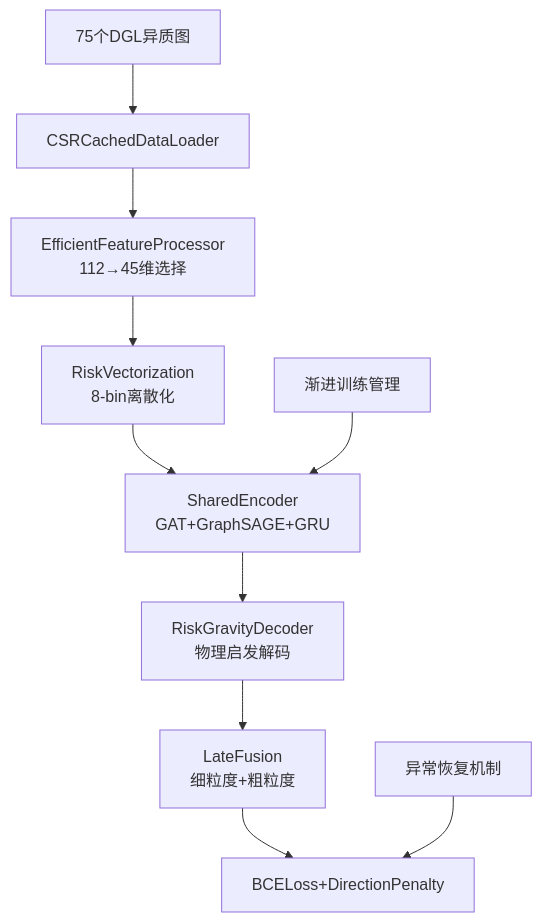
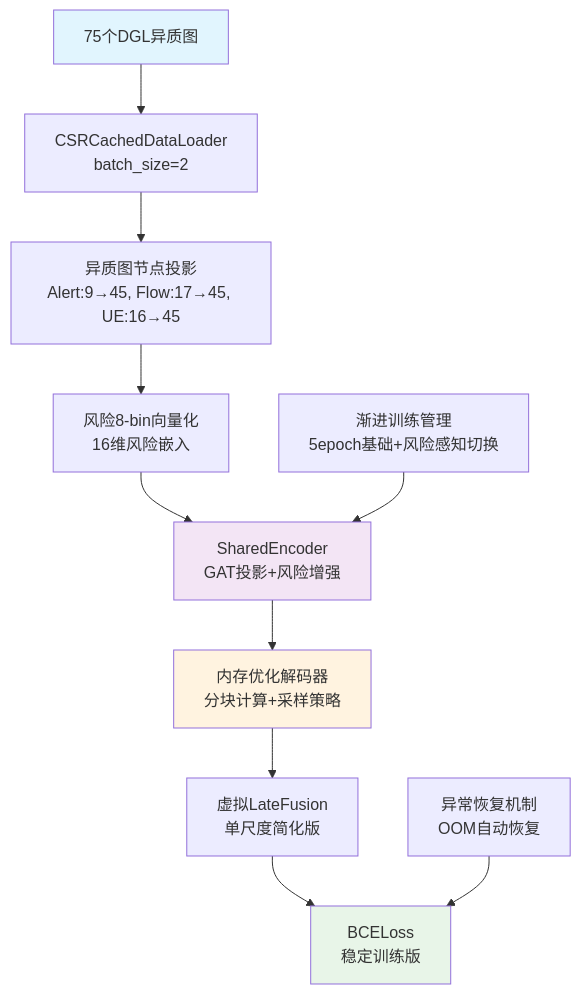
Before and after one commit to Felicialalala/RiskNICLP: the diagram in docs/RiskNICLP-5G_Baseline_Implementation.md, drawn with Mermaid. The commit also changed other lines of this file and 47 other files, not shown here.

````diff
--- a/docs/RiskNICLP-5G_Baseline_Implementation.md
+++ b/docs/RiskNICLP-5G_Baseline_Implementation.md
@@ -24,13 +51,18 @@
 ```mermaid
 graph TD
-    A[75个DGL异质图] --> B[CSRCachedDataLoader]
-    B --> C[EfficientFeatureProcessor<br/>112→45维选择]
-    C --> D[RiskVectorization<br/>8-bin离散化]
-    D --> E[SharedEncoder<br/>GAT+GraphSAGE+GRU]
-    E --> F[RiskGravityDecoder<br/>物理启发解码]
-    F --> G[LateFusion<br/>细粒度+粗粒度]
-    G --> H[BCELoss+DirectionPenalty]
+    A[75个DGL异质图] --> B[CSRCachedDataLoader<br/>batch_size=2]
+    B --> C[异质图节点投影<br/>Alert:9→45, Flow:17→45, UE:16→45]
+    C --> D[风险8-bin向量化<br/>16维风险嵌入]
+    D --> E[SharedEncoder<br/>GAT投影+风险增强]
+    E --> F[内存优化解码器<br/>分块计算+采样策略]
+    F --> G[虚拟LateFusion<br/>单尺度简化版]
+    G --> H[BCELoss<br/>稳定训练版]
     
-    I[渐进训练管理] --> E
-    J[异常恢复机制] --> H
+    I[渐进训练管理<br/>5epoch基础+风险感知切换] --> E
+    J[异常恢复机制<br/>OOM自动恢复] --> H
+    
+    style A fill:#e1f5fe
+    style E fill:#f3e5f5
+    style F fill:#fff3e0
+    style H fill:#e8f5e8
 ```
````
